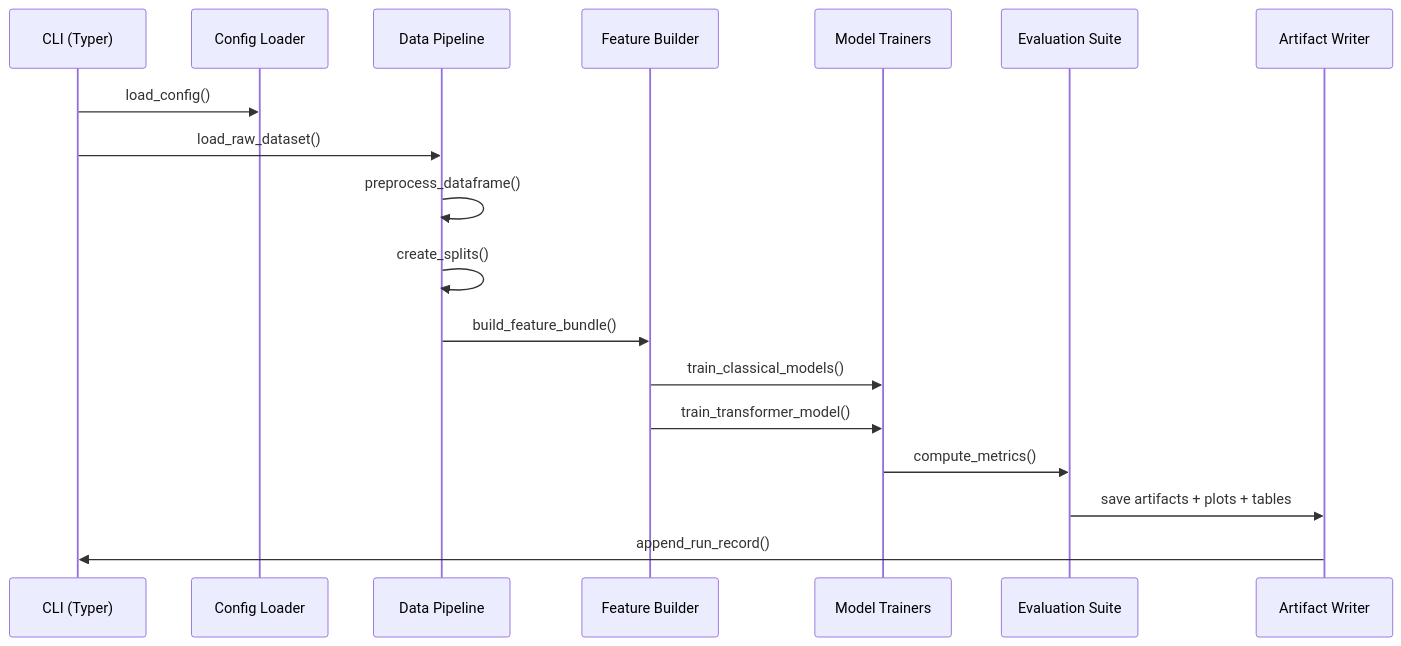
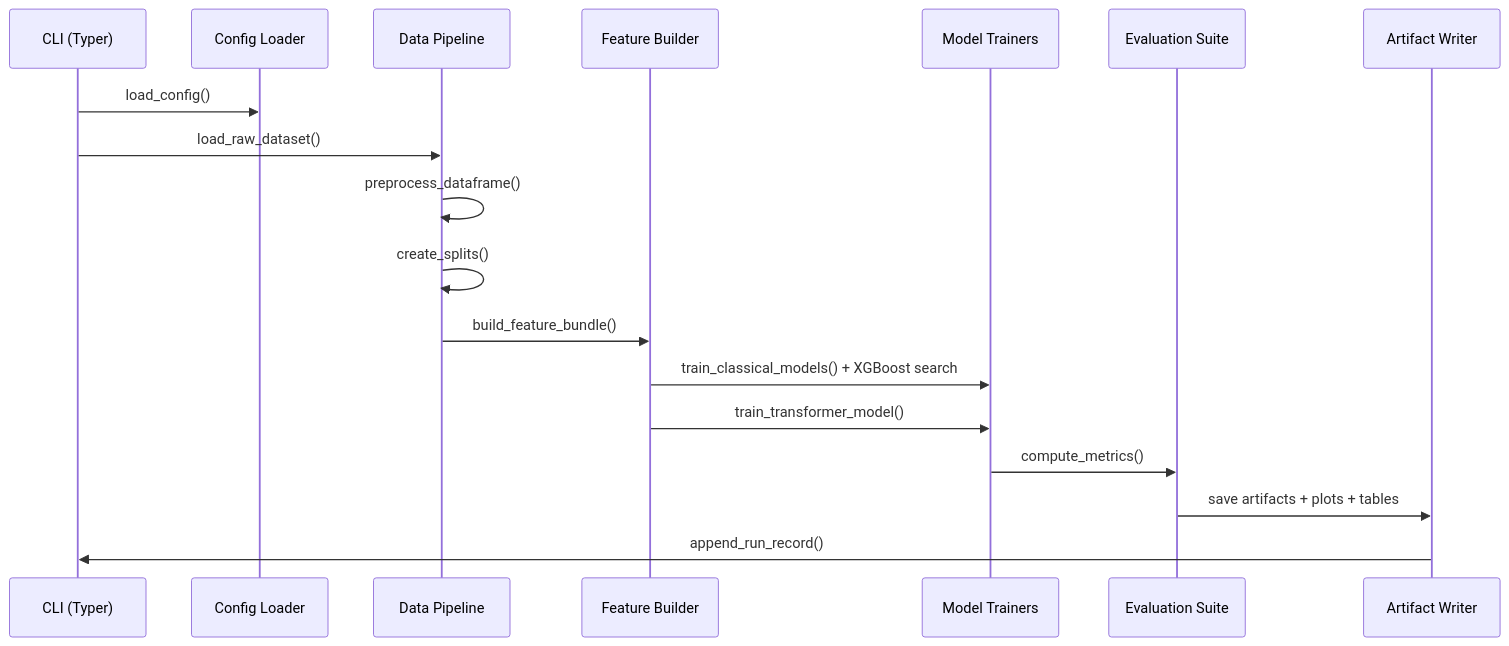
One commit to hoangsonww/Spot-the-Scam-AI-Job-Fraud changed the third of 6 diagrams in ARCHITECTURE.md. Above: the diagram before and after it, drawn with Mermaid. The commit also changed other lines of this file and 2 other files, not shown here.

Commit message:
feat: enhance architecture and documentation with XGBoost integration, weighted ensembles, and benchmark persistence

````diff
--- a/ARCHITECTURE.md
+++ b/ARCHITECTURE.md
@@ -152,21 +159,21 @@
 ```mermaid
 sequenceDiagram
     participant CLI as CLI (Typer)
     participant Config as Config Loader
     participant Data as Data Pipeline
     participant Features as Feature Builder
     participant Models as Model Trainers
     participant Eval as Evaluation Suite
     participant Persist as Artifact Writer
 
     CLI->>Config: load_config()
     CLI->>Data: load_raw_dataset()
     Data->>Data: preprocess_dataframe()
     Data->>Data: create_splits()
     Data->>Features: build_feature_bundle()
-    Features->>Models: train_classical_models()
+    Features->>Models: train_classical_models() + XGBoost search
     Features->>Models: train_transformer_model()
     Models->>Eval: compute_metrics()
     Eval->>Persist: save artifacts + plots + tables
     Persist->>CLI: append_run_record()
 ```
````
